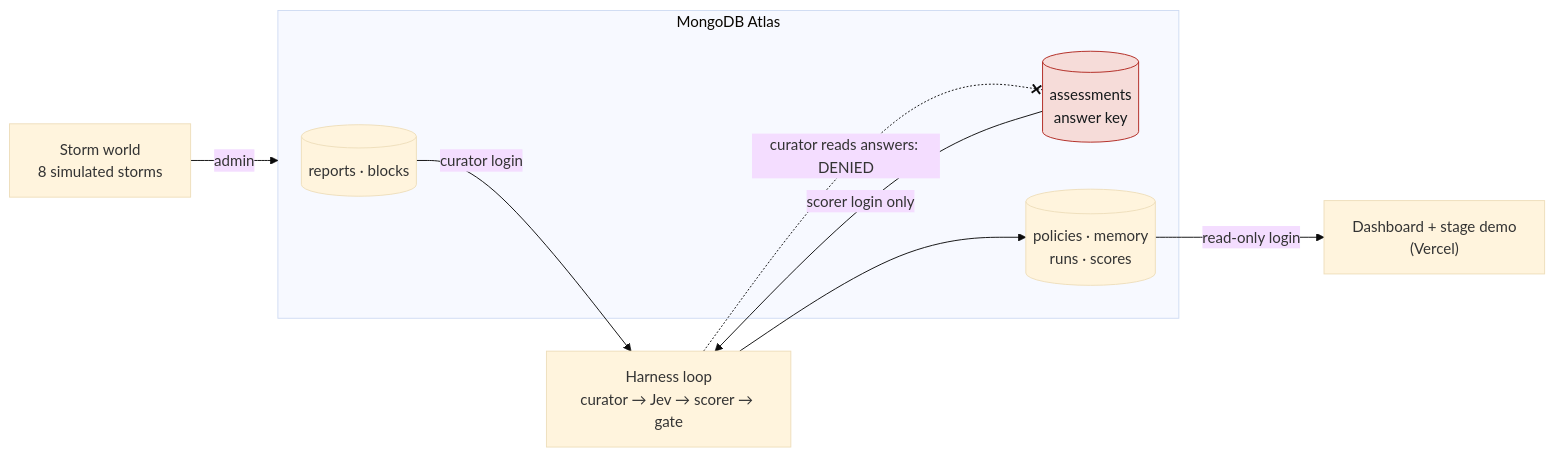
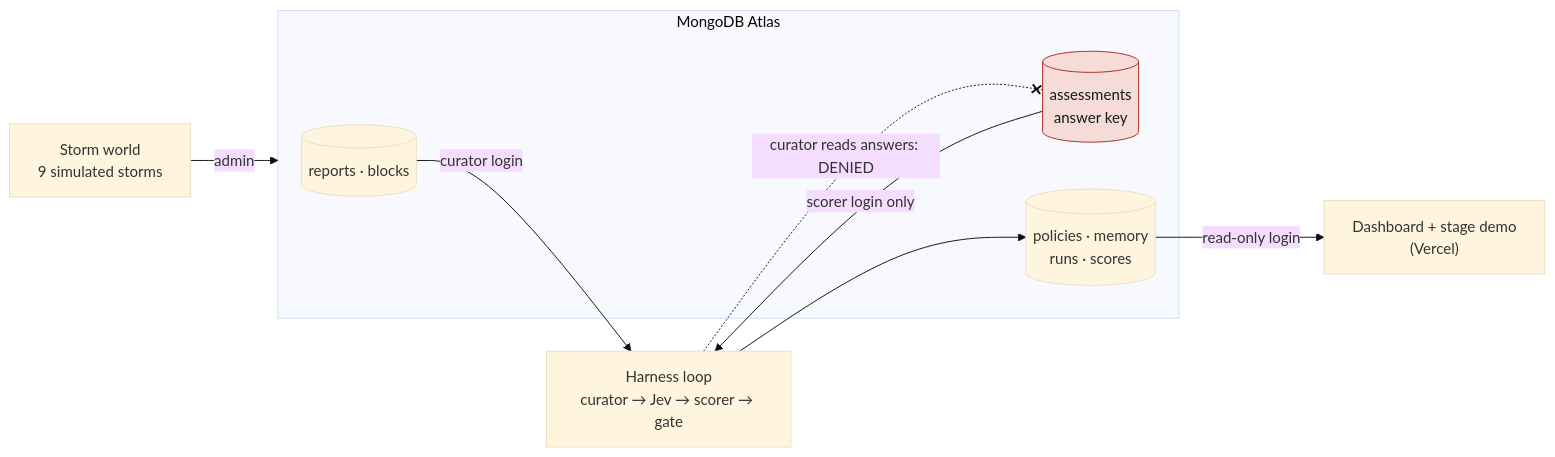
One commit to hughesbrayden/sightline changed the first of 2 diagrams in DEMO.md. Above: the diagram before and after it, drawn with Mermaid (base theme). The commit also changed other lines of this file and 3 other files, not shown here.

````diff
--- a/DEMO.md
+++ b/DEMO.md
@@ -70,17 +70,17 @@
 ```mermaid
 flowchart LR
-  WORLD["Storm world<br/>8 simulated storms"] -- admin --> ATLAS
+  WORLD["Storm world<br/>9 simulated storms"] -- admin --> ATLAS
   subgraph ATLAS["MongoDB Atlas"]
     REP[("reports · blocks")]
     KEY[("assessments<br/>answer key")]
     MEM[("policies · memory<br/>runs · scores")]
   end
   REP -- curator login --> LOOP["Harness loop<br/>curator → Jev → scorer → gate"]
   KEY -- scorer login only --> LOOP
   LOOP --> MEM
   MEM -- read-only login --> APP["Dashboard + stage demo<br/>(Vercel)"]
   LOOP -. "curator reads answers: DENIED" .-x KEY
 
   classDef answer fill:#f6dcd9,stroke:#b0271f,color:#15191b;
   class KEY answer;
 ```
````
